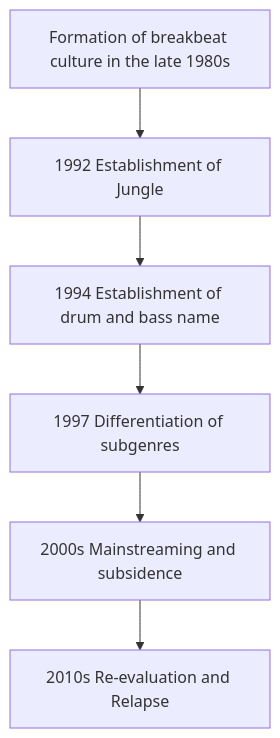
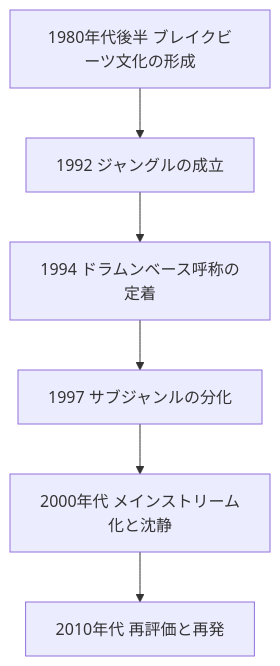
One commit to monumental-movement/monumental-movement.github.io changed the diagram in en/_posts/2026-02-07-column-jungle-drumandbass.md. Above: the diagram before and after it, drawn with Mermaid. The commit also changed other lines of this file and 775 other files, not shown here.

```diff
--- a/en/_posts/2026-02-07-column-jungle-drumandbass.md
+++ b/en/_posts/2026-02-07-column-jungle-drumandbass.md
@@ -118,10 +117,10 @@
 <div class="mermaid">
 flowchart TB
-A[Formation of breakbeat culture in the late 1980s]
-B[1992 Establishment of Jungle]
-C[1994 Establishment of drum and bass name]
-D[1997 Differentiation of subgenres]
-E[2000s Mainstreaming and subsidence]
-F[2010s Re-evaluation and Relapse]
+A[1980年代後半 ブレイクビーツ文化の形成]
+B[1992 ジャングルの成立]
+C[1994 ドラムンベース呼称の定着]
+D[1997 サブジャンルの分化]
+E[2000年代 メインストリーム化と沈静]
+F[2010年代 再評価と再発]
 A --> B --> C --> D --> E --> F
 </div>
```
